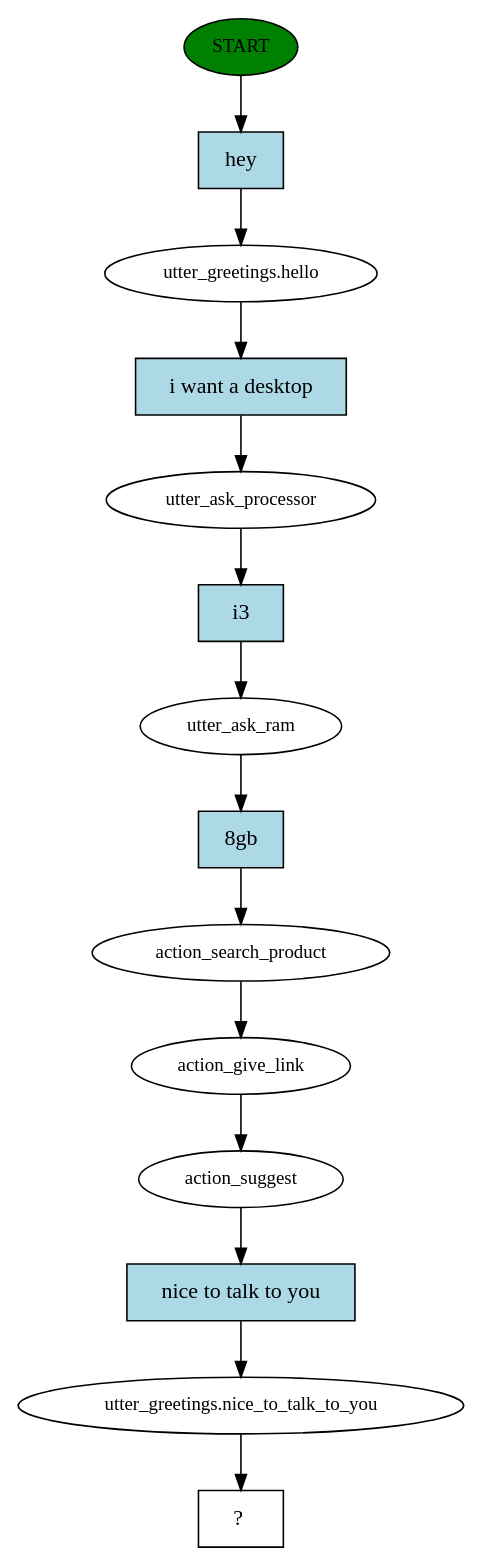
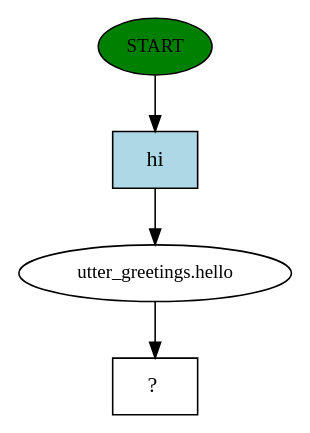
The diagram in story_graph.dot (ParthaSarathiNayak/ChatbotPremier), drawn with Graphviz before and after one commit. The commit also changed 35 other files, not shown here.

```diff
--- a/story_graph.dot
+++ b/story_graph.dot
@@ -1,29 +1,9 @@
 digraph  {
 0 [class="start active", fillcolor=green, fontsize=12, label=START, style=filled];
 1 [class=active, fontsize=12, label="utter_greetings.hello"];
-2 [class=active, fontsize=12, label=utter_ask_processor];
-3 [class=active, fontsize=12, label=utter_ask_ram];
-4 [class=active, fontsize=12, label=action_search_product];
-5 [class=active, fontsize=12, label=action_give_link];
-6 [class=active, fontsize=12, label=action_suggest];
-7 [class=active, fontsize=12, label="utter_greetings.nice_to_talk_to_you"];
-8 [class="intent dashed active", label="  ?  ", shape=rect];
-9 [class="intent active", fillcolor=lightblue, label=hey, shape=rect, style=filled];
-10 [class="intent active", fillcolor=lightblue, label="i want a desktop", shape=rect, style=filled];
-11 [class="intent active", fillcolor=lightblue, label=i3, shape=rect, style=filled];
-12 [class="intent active", fillcolor=lightblue, label="8gb", shape=rect, style=filled];
-13 [class="intent active", fillcolor=lightblue, label="nice to talk to you", shape=rect, style=filled];
-0 -> 9  [class=active, key=0];
-1 -> 10  [class=active, key=0];
-2 -> 11  [class=active, key=0];
-3 -> 12  [class=active, key=0];
-4 -> 5  [class=active, key=NONE, label=""];
-5 -> 6  [class=active, key=NONE, label=""];
-6 -> 13  [class=active, key=0];
-7 -> 8  [class=active, key=NONE, label=""];
-9 -> 1  [class=active, key=0];
-10 -> 2  [class=active, key=0];
-11 -> 3  [class=active, key=0];
-12 -> 4  [class=active, key=0];
-13 -> 7  [class=active, key=0];
+2 [class="intent dashed active", label="  ?  ", shape=rect];
+3 [class="intent active", fillcolor=lightblue, label=hi, shape=rect, style=filled];
+0 -> 3  [class=active, key=0];
+1 -> 2  [class=active, key=NONE, label=""];
+3 -> 1  [class=active, key=0];
 }
```
